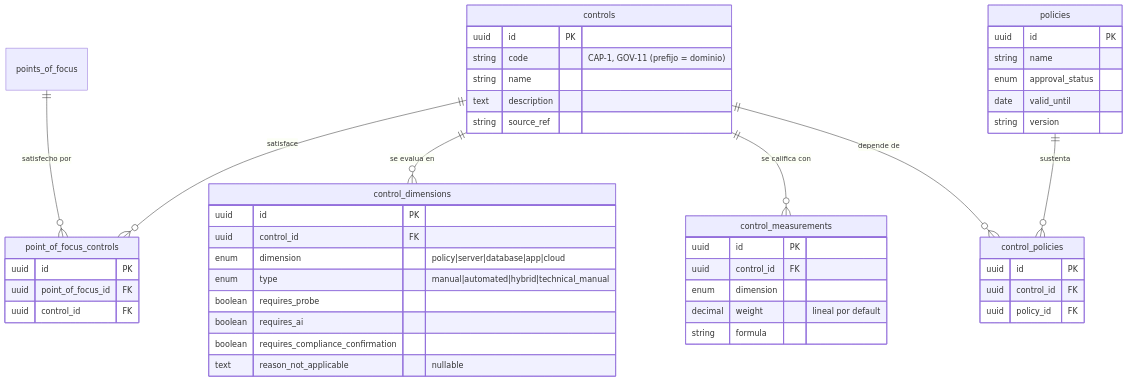
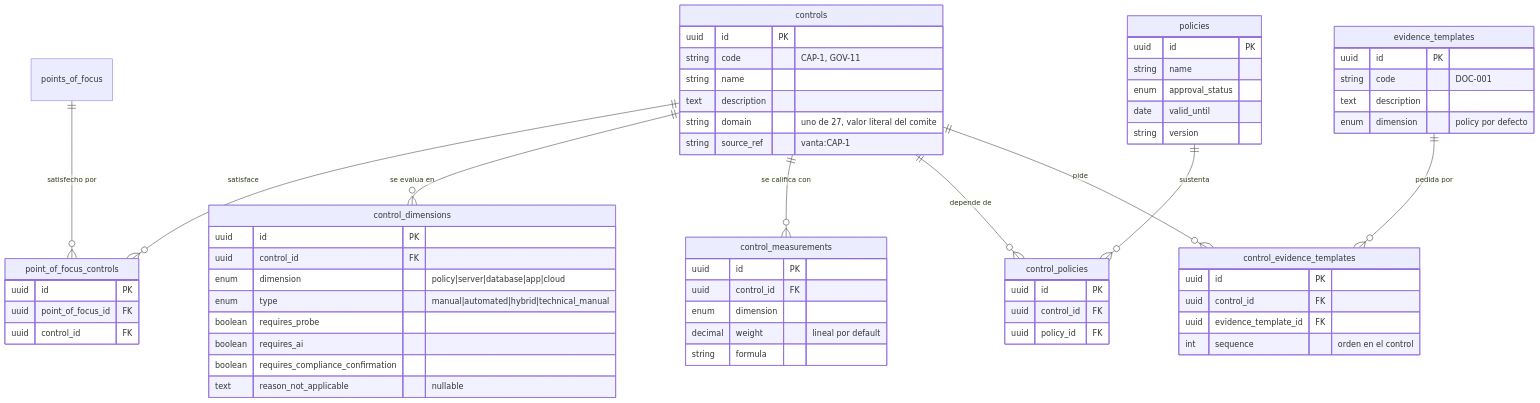
Before and after one commit to Monkey-GRC/Monkey-Brain-IA: the second of 16 diagrams in skills/product/monkey-compliance-council/references/modelo-datos.md, drawn with Mermaid. The commit also changed other lines of this file and 12 other files, not shown here.

````diff
--- a/skills/product/monkey-compliance-council/references/modelo-datos.md
+++ b/skills/product/monkey-compliance-council/references/modelo-datos.md
@@ -330,50 +327,65 @@
 ```mermaid
 erDiagram
     controls {
         uuid id PK
-        string code "CAP-1, GOV-11 (prefijo = dominio)"
+        string code "CAP-1, GOV-11"
         string name
         text description
-        string source_ref
+        string domain "uno de 27, valor literal del comite"
+        string source_ref "vanta:CAP-1"
     }
     point_of_focus_controls {
         uuid id PK
         uuid point_of_focus_id FK
         uuid control_id FK
     }
     control_dimensions {
         uuid id PK
         uuid control_id FK
         enum dimension "policy|server|database|app|cloud"
         enum type "manual|automated|hybrid|technical_manual"
         boolean requires_probe
         boolean requires_ai
         boolean requires_compliance_confirmation
         text reason_not_applicable "nullable"
     }
     control_measurements {
         uuid id PK
         uuid control_id FK
         enum dimension
         decimal weight "lineal por default"
         string formula
     }
     policies {
         uuid id PK
         string name
         enum approval_status
         date valid_until
         string version
     }
     control_policies {
         uuid id PK
         uuid control_id FK
         uuid policy_id FK
     }
+    evidence_templates {
+        uuid id PK
+        string code "DOC-001"
+        text description
+        enum dimension "policy por defecto"
+    }
+    control_evidence_templates {
+        uuid id PK
+        uuid control_id FK
+        uuid evidence_template_id FK
+        int sequence "orden en el control"
+    }
     controls ||--o{ point_of_focus_controls : "satisface"
     points_of_focus ||--o{ point_of_focus_controls : "satisfecho por"
     controls ||--o{ control_dimensions : "se evalua en"
     controls ||--o{ control_measurements : "se califica con"
     controls ||--o{ control_policies : "depende de"
     policies ||--o{ control_policies : "sustenta"
+    controls ||--o{ control_evidence_templates : "pide"
+    evidence_templates ||--o{ control_evidence_templates : "pedida por"
 ```
````
